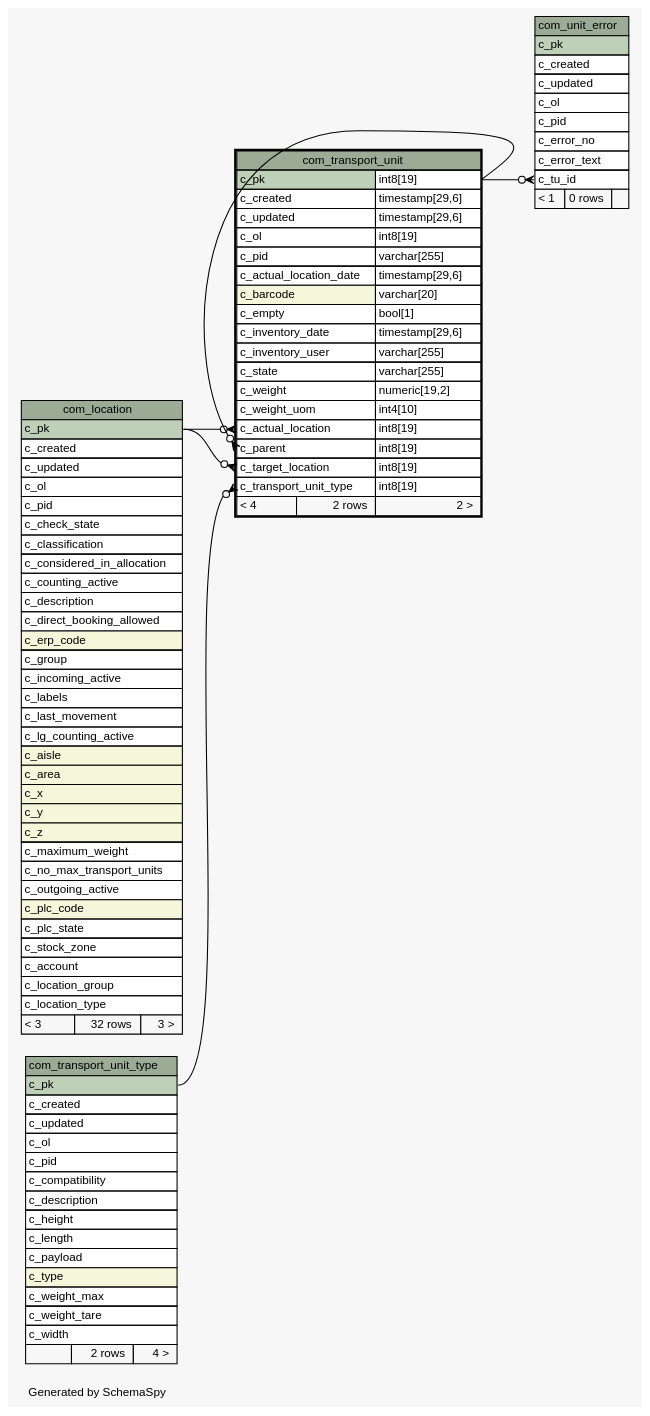
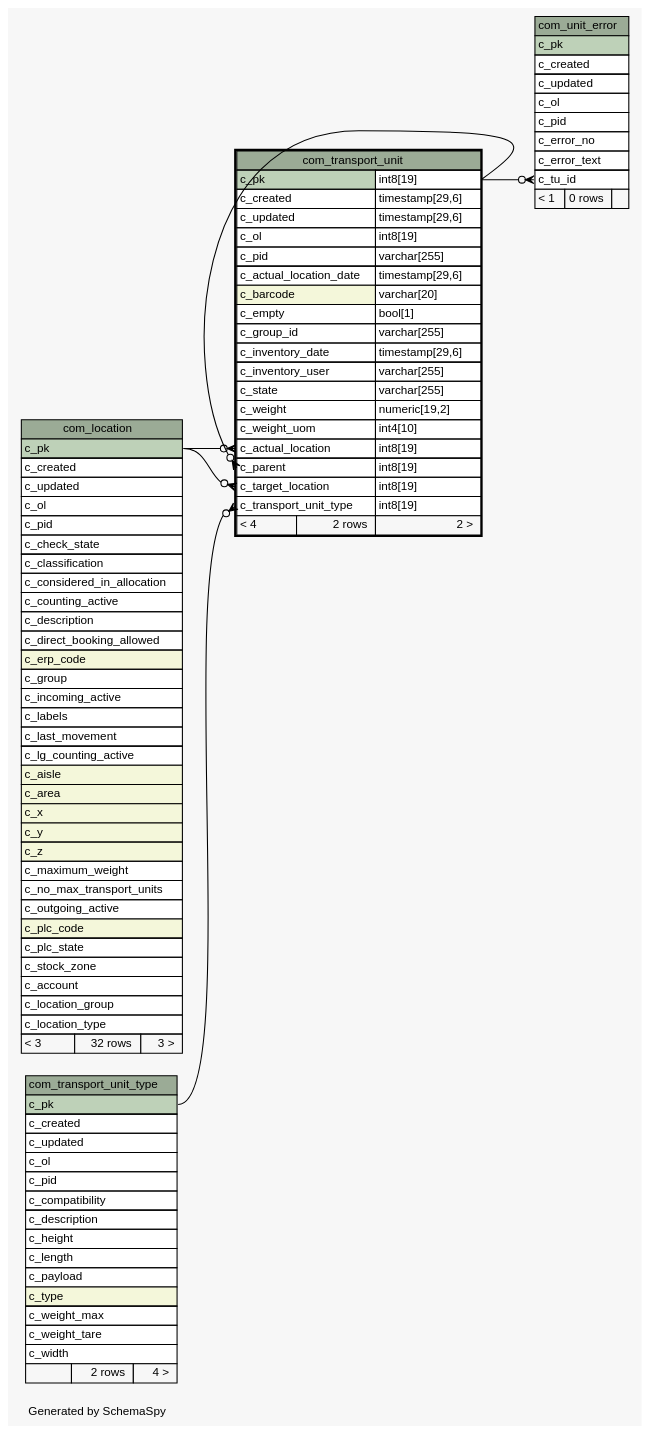
Before and after one commit to openwms/org.openwms.common.service.lib: the diagram in 1.7.0-SNAPSHOT/schemaspy/diagrams/com_transport_unit.1degree.dot, drawn with Graphviz. The commit also changed 450 other files, not shown here.

```diff
--- a/1.7.0-SNAPSHOT/schemaspy/diagrams/com_transport_unit.1degree.dot
+++ b/1.7.0-SNAPSHOT/schemaspy/diagrams/com_transport_unit.1degree.dot
@@ -1,133 +1,134 @@
-// dot 2.43.0 on Linux 5.8.0-1036-azure
+// dot 2.43.0 on Linux 5.8.0-1039-azure
 // SchemaSpy rev Unknown
 digraph "oneDegreeRelationshipsDiagram" {
   graph [
     rankdir="RL"
     bgcolor="#f7f7f7"
     label="\nGenerated by SchemaSpy"
     labeljust="l"
     nodesep="0.18"
     ranksep="0.46"
     fontname="Helvetica"
     fontsize="11"
   ];
   node [
     fontname="Helvetica"
     fontsize="11"
     shape="plaintext"
   ];
   edge [
     arrowsize="0.8"
   ];
   "com_transport_unit":"c_actual_location":w -> "com_location":"c_pk":e [arrowhead=none dir=back arrowtail=crowodot];
   "com_transport_unit":"c_parent":w -> "com_transport_unit":"c_pk.type":e [arrowhead=none dir=back arrowtail=crowodot];
   "com_transport_unit":"c_target_location":w -> "com_location":"c_pk":e [arrowhead=none dir=back arrowtail=crowodot];
   "com_transport_unit":"c_transport_unit_type":w -> "com_transport_unit_type":"c_pk":e [arrowhead=none dir=back arrowtail=crowodot];
   "com_unit_error":"c_tu_id":w -> "com_transport_unit":"c_pk.type":e [arrowhead=none dir=back arrowtail=crowodot];
   "com_location" [
     label=<
     <TABLE BORDER="0" CELLBORDER="1" CELLSPACING="0" BGCOLOR="#ffffff">
       <TR><TD COLSPAN="3" BGCOLOR="#9bab96" ALIGN="CENTER">com_location</TD></TR>
       <TR><TD PORT="c_pk" COLSPAN="3" BGCOLOR="#bed1b8" ALIGN="LEFT">c_pk</TD></TR>
       <TR><TD PORT="c_created" COLSPAN="3" ALIGN="LEFT">c_created</TD></TR>
       <TR><TD PORT="c_updated" COLSPAN="3" ALIGN="LEFT">c_updated</TD></TR>
       <TR><TD PORT="c_ol" COLSPAN="3" ALIGN="LEFT">c_ol</TD></TR>
       <TR><TD PORT="c_pid" COLSPAN="3" ALIGN="LEFT">c_pid</TD></TR>
       <TR><TD PORT="c_check_state" COLSPAN="3" ALIGN="LEFT">c_check_state</TD></TR>
       <TR><TD PORT="c_classification" COLSPAN="3" ALIGN="LEFT">c_classification</TD></TR>
       <TR><TD PORT="c_considered_in_allocation" COLSPAN="3" ALIGN="LEFT">c_considered_in_allocation</TD></TR>
       <TR><TD PORT="c_counting_active" COLSPAN="3" ALIGN="LEFT">c_counting_active</TD></TR>
       <TR><TD PORT="c_description" COLSPAN="3" ALIGN="LEFT">c_description</TD></TR>
       <TR><TD PORT="c_direct_booking_allowed" COLSPAN="3" ALIGN="LEFT">c_direct_booking_allowed</TD></TR>
       <TR><TD PORT="c_erp_code" COLSPAN="3" BGCOLOR="#f4f7da" ALIGN="LEFT">c_erp_code</TD></TR>
       <TR><TD PORT="c_group" COLSPAN="3" ALIGN="LEFT">c_group</TD></TR>
       <TR><TD PORT="c_incoming_active" COLSPAN="3" ALIGN="LEFT">c_incoming_active</TD></TR>
       <TR><TD PORT="c_labels" COLSPAN="3" ALIGN="LEFT">c_labels</TD></TR>
       <TR><TD PORT="c_last_movement" COLSPAN="3" ALIGN="LEFT">c_last_movement</TD></TR>
       <TR><TD PORT="c_lg_counting_active" COLSPAN="3" ALIGN="LEFT">c_lg_counting_active</TD></TR>
       <TR><TD PORT="c_aisle" COLSPAN="3" BGCOLOR="#f4f7da" ALIGN="LEFT">c_aisle</TD></TR>
       <TR><TD PORT="c_area" COLSPAN="3" BGCOLOR="#f4f7da" ALIGN="LEFT">c_area</TD></TR>
       <TR><TD PORT="c_x" COLSPAN="3" BGCOLOR="#f4f7da" ALIGN="LEFT">c_x</TD></TR>
       <TR><TD PORT="c_y" COLSPAN="3" BGCOLOR="#f4f7da" ALIGN="LEFT">c_y</TD></TR>
       <TR><TD PORT="c_z" COLSPAN="3" BGCOLOR="#f4f7da" ALIGN="LEFT">c_z</TD></TR>
       <TR><TD PORT="c_maximum_weight" COLSPAN="3" ALIGN="LEFT">c_maximum_weight</TD></TR>
       <TR><TD PORT="c_no_max_transport_units" COLSPAN="3" ALIGN="LEFT">c_no_max_transport_units</TD></TR>
       <TR><TD PORT="c_outgoing_active" COLSPAN="3" ALIGN="LEFT">c_outgoing_active</TD></TR>
       <TR><TD PORT="c_plc_code" COLSPAN="3" BGCOLOR="#f4f7da" ALIGN="LEFT">c_plc_code</TD></TR>
       <TR><TD PORT="c_plc_state" COLSPAN="3" ALIGN="LEFT">c_plc_state</TD></TR>
       <TR><TD PORT="c_stock_zone" COLSPAN="3" ALIGN="LEFT">c_stock_zone</TD></TR>
       <TR><TD PORT="c_account" COLSPAN="3" ALIGN="LEFT">c_account</TD></TR>
       <TR><TD PORT="c_location_group" COLSPAN="3" ALIGN="LEFT">c_location_group</TD></TR>
       <TR><TD PORT="c_location_type" COLSPAN="3" ALIGN="LEFT">c_location_type</TD></TR>
       <TR><TD ALIGN="LEFT" BGCOLOR="#f7f7f7">&lt; 3</TD><TD ALIGN="RIGHT" BGCOLOR="#f7f7f7">32 rows</TD><TD ALIGN="RIGHT" BGCOLOR="#f7f7f7">3 &gt;</TD></TR>
     </TABLE>>
     URL="com_location.html"
     tooltip="com_location"
   ];
   "com_transport_unit" [
     label=<
     <TABLE BORDER="2" CELLBORDER="1" CELLSPACING="0" BGCOLOR="#ffffff">
       <TR><TD COLSPAN="3" BGCOLOR="#9bab96" ALIGN="CENTER">com_transport_unit</TD></TR>
       <TR><TD PORT="c_pk" COLSPAN="2" BGCOLOR="#bed1b8" ALIGN="LEFT">c_pk</TD><TD PORT="c_pk.type" ALIGN="LEFT">int8[19]</TD></TR>
       <TR><TD PORT="c_created" COLSPAN="2" ALIGN="LEFT">c_created</TD><TD PORT="c_created.type" ALIGN="LEFT">timestamp[29,6]</TD></TR>
       <TR><TD PORT="c_updated" COLSPAN="2" ALIGN="LEFT">c_updated</TD><TD PORT="c_updated.type" ALIGN="LEFT">timestamp[29,6]</TD></TR>
       <TR><TD PORT="c_ol" COLSPAN="2" ALIGN="LEFT">c_ol</TD><TD PORT="c_ol.type" ALIGN="LEFT">int8[19]</TD></TR>
       <TR><TD PORT="c_pid" COLSPAN="2" ALIGN="LEFT">c_pid</TD><TD PORT="c_pid.type" ALIGN="LEFT">varchar[255]</TD></TR>
       <TR><TD PORT="c_actual_location_date" COLSPAN="2" ALIGN="LEFT">c_actual_location_date</TD><TD PORT="c_actual_location_date.type" ALIGN="LEFT">timestamp[29,6]</TD></TR>
       <TR><TD PORT="c_barcode" COLSPAN="2" BGCOLOR="#f4f7da" ALIGN="LEFT">c_barcode</TD><TD PORT="c_barcode.type" ALIGN="LEFT">varchar[20]</TD></TR>
       <TR><TD PORT="c_empty" COLSPAN="2" ALIGN="LEFT">c_empty</TD><TD PORT="c_empty.type" ALIGN="LEFT">bool[1]</TD></TR>
+      <TR><TD PORT="c_group_id" COLSPAN="2" ALIGN="LEFT">c_group_id</TD><TD PORT="c_group_id.type" ALIGN="LEFT">varchar[255]</TD></TR>
       <TR><TD PORT="c_inventory_date" COLSPAN="2" ALIGN="LEFT">c_inventory_date</TD><TD PORT="c_inventory_date.type" ALIGN="LEFT">timestamp[29,6]</TD></TR>
       <TR><TD PORT="c_inventory_user" COLSPAN="2" ALIGN="LEFT">c_inventory_user</TD><TD PORT="c_inventory_user.type" ALIGN="LEFT">varchar[255]</TD></TR>
       <TR><TD PORT="c_state" COLSPAN="2" ALIGN="LEFT">c_state</TD><TD PORT="c_state.type" ALIGN="LEFT">varchar[255]</TD></TR>
       <TR><TD PORT="c_weight" COLSPAN="2" ALIGN="LEFT">c_weight</TD><TD PORT="c_weight.type" ALIGN="LEFT">numeric[19,2]</TD></TR>
       <TR><TD PORT="c_weight_uom" COLSPAN="2" ALIGN="LEFT">c_weight_uom</TD><TD PORT="c_weight_uom.type" ALIGN="LEFT">int4[10]</TD></TR>
       <TR><TD PORT="c_actual_location" COLSPAN="2" ALIGN="LEFT">c_actual_location</TD><TD PORT="c_actual_location.type" ALIGN="LEFT">int8[19]</TD></TR>
       <TR><TD PORT="c_parent" COLSPAN="2" ALIGN="LEFT">c_parent</TD><TD PORT="c_parent.type" ALIGN="LEFT">int8[19]</TD></TR>
       <TR><TD PORT="c_target_location" COLSPAN="2" ALIGN="LEFT">c_target_location</TD><TD PORT="c_target_location.type" ALIGN="LEFT">int8[19]</TD></TR>
       <TR><TD PORT="c_transport_unit_type" COLSPAN="2" ALIGN="LEFT">c_transport_unit_type</TD><TD PORT="c_transport_unit_type.type" ALIGN="LEFT">int8[19]</TD></TR>
       <TR><TD ALIGN="LEFT" BGCOLOR="#f7f7f7">&lt; 4</TD><TD ALIGN="RIGHT" BGCOLOR="#f7f7f7">2 rows</TD><TD ALIGN="RIGHT" BGCOLOR="#f7f7f7">2 &gt;</TD></TR>
     </TABLE>>
     URL="com_transport_unit.html"
     tooltip="com_transport_unit"
   ];
   "com_transport_unit_type" [
     label=<
     <TABLE BORDER="0" CELLBORDER="1" CELLSPACING="0" BGCOLOR="#ffffff">
       <TR><TD COLSPAN="3" BGCOLOR="#9bab96" ALIGN="CENTER">com_transport_unit_type</TD></TR>
       <TR><TD PORT="c_pk" COLSPAN="3" BGCOLOR="#bed1b8" ALIGN="LEFT">c_pk</TD></TR>
       <TR><TD PORT="c_created" COLSPAN="3" ALIGN="LEFT">c_created</TD></TR>
       <TR><TD PORT="c_updated" COLSPAN="3" ALIGN="LEFT">c_updated</TD></TR>
       <TR><TD PORT="c_ol" COLSPAN="3" ALIGN="LEFT">c_ol</TD></TR>
       <TR><TD PORT="c_pid" COLSPAN="3" ALIGN="LEFT">c_pid</TD></TR>
       <TR><TD PORT="c_compatibility" COLSPAN="3" ALIGN="LEFT">c_compatibility</TD></TR>
       <TR><TD PORT="c_description" COLSPAN="3" ALIGN="LEFT">c_description</TD></TR>
       <TR><TD PORT="c_height" COLSPAN="3" ALIGN="LEFT">c_height</TD></TR>
       <TR><TD PORT="c_length" COLSPAN="3" ALIGN="LEFT">c_length</TD></TR>
       <TR><TD PORT="c_payload" COLSPAN="3" ALIGN="LEFT">c_payload</TD></TR>
       <TR><TD PORT="c_type" COLSPAN="3" BGCOLOR="#f4f7da" ALIGN="LEFT">c_type</TD></TR>
       <TR><TD PORT="c_weight_max" COLSPAN="3" ALIGN="LEFT">c_weight_max</TD></TR>
       <TR><TD PORT="c_weight_tare" COLSPAN="3" ALIGN="LEFT">c_weight_tare</TD></TR>
       <TR><TD PORT="c_width" COLSPAN="3" ALIGN="LEFT">c_width</TD></TR>
       <TR><TD ALIGN="LEFT" BGCOLOR="#f7f7f7">  </TD><TD ALIGN="RIGHT" BGCOLOR="#f7f7f7">2 rows</TD><TD ALIGN="RIGHT" BGCOLOR="#f7f7f7">4 &gt;</TD></TR>
     </TABLE>>
     URL="com_transport_unit_type.html"
     tooltip="com_transport_unit_type"
   ];
   "com_unit_error" [
     label=<
     <TABLE BORDER="0" CELLBORDER="1" CELLSPACING="0" BGCOLOR="#ffffff">
       <TR><TD COLSPAN="3" BGCOLOR="#9bab96" ALIGN="CENTER">com_unit_error</TD></TR>
       <TR><TD PORT="c_pk" COLSPAN="3" BGCOLOR="#bed1b8" ALIGN="LEFT">c_pk</TD></TR>
       <TR><TD PORT="c_created" COLSPAN="3" ALIGN="LEFT">c_created</TD></TR>
       <TR><TD PORT="c_updated" COLSPAN="3" ALIGN="LEFT">c_updated</TD></TR>
       <TR><TD PORT="c_ol" COLSPAN="3" ALIGN="LEFT">c_ol</TD></TR>
       <TR><TD PORT="c_pid" COLSPAN="3" ALIGN="LEFT">c_pid</TD></TR>
       <TR><TD PORT="c_error_no" COLSPAN="3" ALIGN="LEFT">c_error_no</TD></TR>
       <TR><TD PORT="c_error_text" COLSPAN="3" ALIGN="LEFT">c_error_text</TD></TR>
       <TR><TD PORT="c_tu_id" COLSPAN="3" ALIGN="LEFT">c_tu_id</TD></TR>
       <TR><TD ALIGN="LEFT" BGCOLOR="#f7f7f7">&lt; 1</TD><TD ALIGN="RIGHT" BGCOLOR="#f7f7f7">0 rows</TD><TD ALIGN="RIGHT" BGCOLOR="#f7f7f7">  </TD></TR>
     </TABLE>>
     URL="com_unit_error.html"
     tooltip="com_unit_error"
   ];
 }
```
